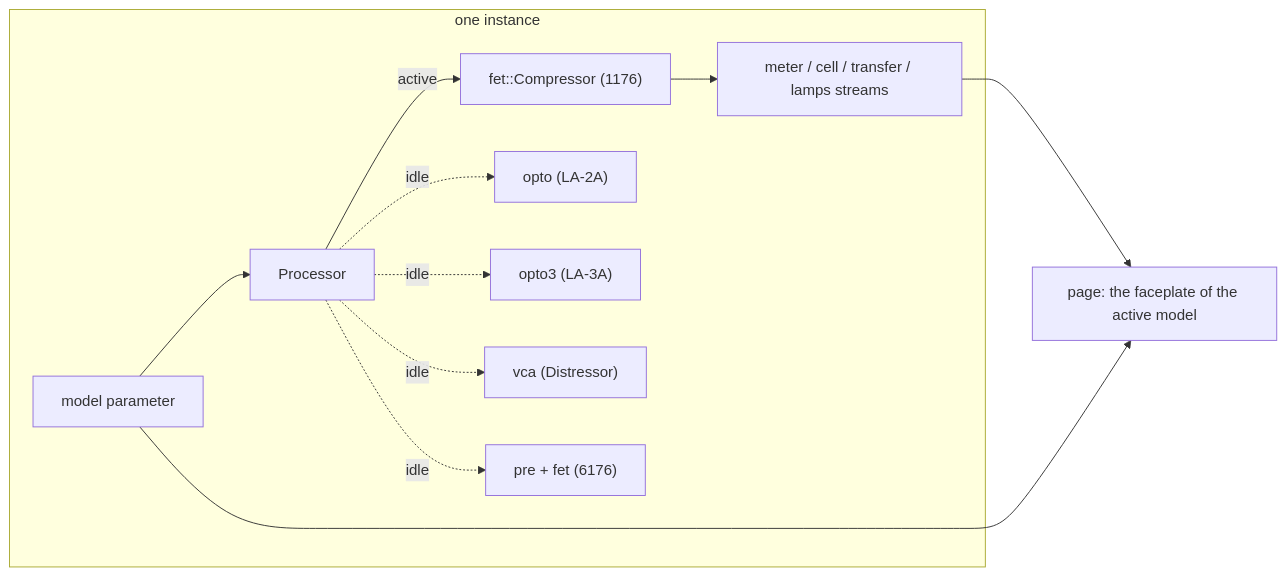
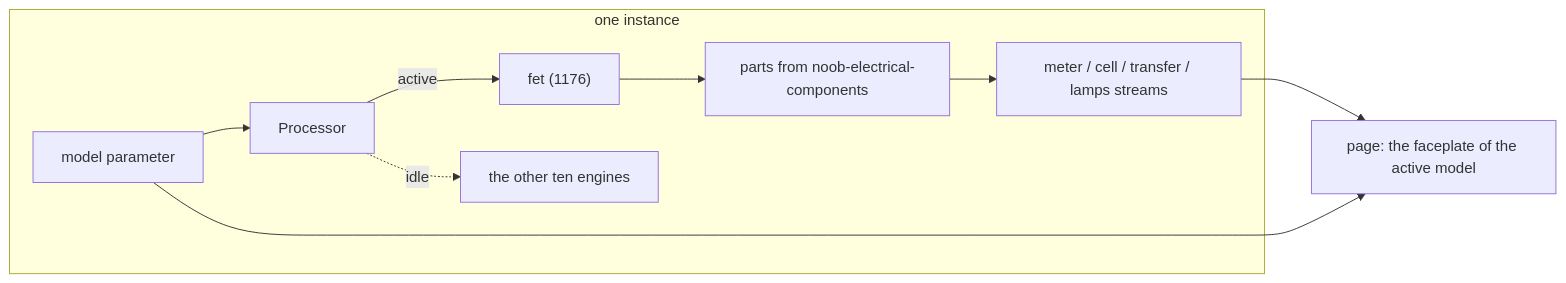
One commit to Noob-Audio-Engineering/noob-compressorlab changed the diagram in README.md. Above: the diagram before and after it, drawn with Mermaid. The commit also changed other lines of this file and 1 other file, not shown here.

````diff
--- a/README.md
+++ b/README.md
@@ -47,14 +72,12 @@
 ```mermaid
 flowchart LR
     subgraph instance["one instance"]
         model["model parameter"] --> proc["Processor"]
-        proc -->|"active"| fet["fet::Compressor (1176)"]
-        proc -.->|"idle"| opto["opto (LA-2A)"]
-        proc -.->|"idle"| opto3["opto3 (LA-3A)"]
-        proc -.->|"idle"| vca["vca (Distressor)"]
-        proc -.->|"idle"| pre["pre + fet (6176)"]
-        fet --> meter["meter / cell / transfer / lamps streams"]
+        proc -->|"active"| fet["fet (1176)"]
+        proc -.->|"idle"| rest["the other ten engines"]
+        fet --> parts["parts from noob-electrical-components"]
+        parts --> meter["meter / cell / transfer / lamps streams"]
     end
     meter --> page["page: the faceplate of the active model"]
     model --> page
 ```
````
